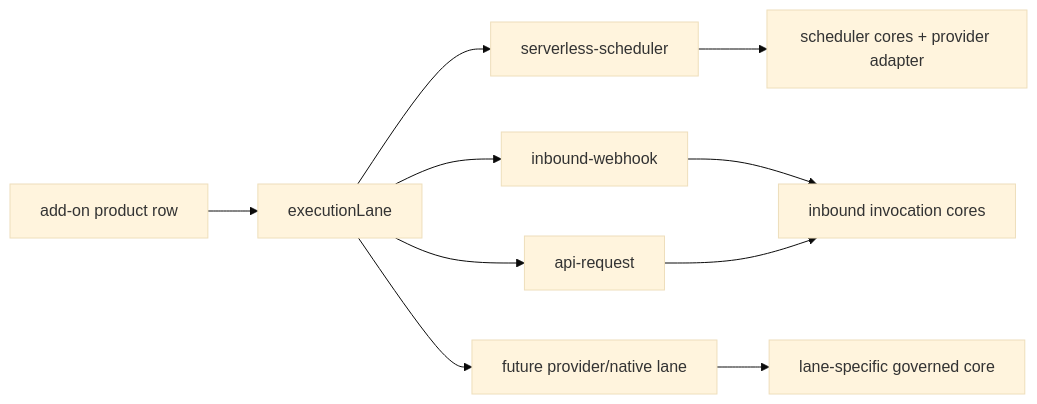
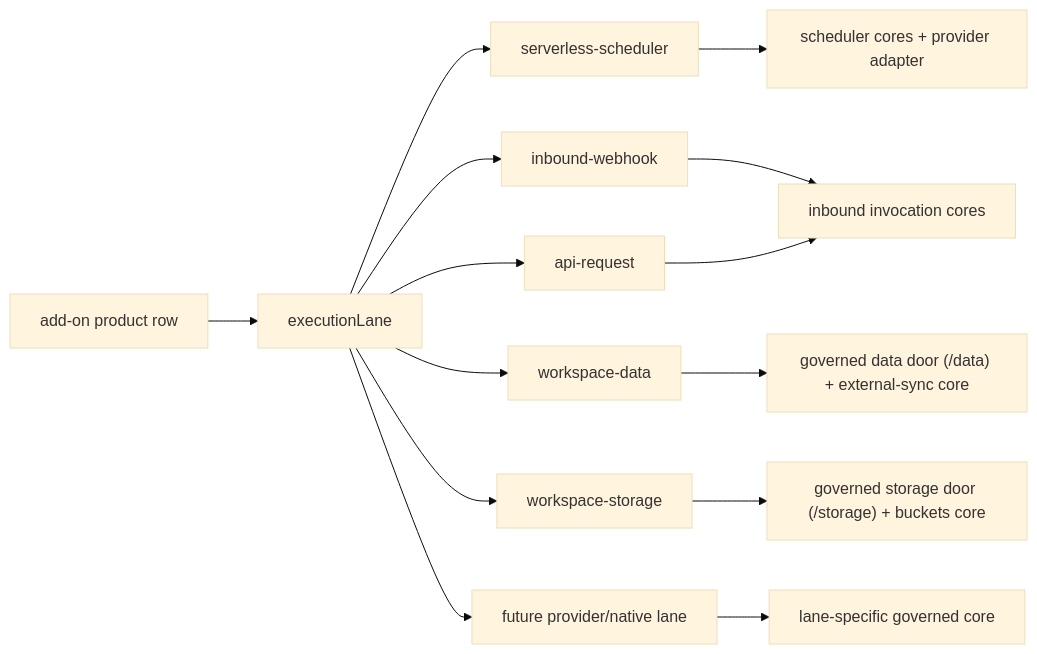
Before and after one commit to Growthub-ai/growthub-local: the diagram in docs/OFFICIAL_MARKETPLACE_PLUGINS_V1.md, drawn with Mermaid (base theme). The commit also changed other lines of this file and 50 other files, not shown here.

````diff
--- a/docs/OFFICIAL_MARKETPLACE_PLUGINS_V1.md
+++ b/docs/OFFICIAL_MARKETPLACE_PLUGINS_V1.md
@@ -244,13 +438,17 @@
 ```mermaid
 flowchart LR
   A["add-on product row"] --> B["executionLane"]
   B --> C["serverless-scheduler"]
   B --> D["inbound-webhook"]
   B --> E["api-request"]
+  B --> J["workspace-data"]
+  B --> K["workspace-storage"]
   B --> F["future provider/native lane"]
 
   C --> G["scheduler cores + provider adapter"]
   D --> H["inbound invocation cores"]
   E --> H
+  J --> L["governed data door (/data) + external-sync core"]
+  K --> M["governed storage door (/storage) + buckets core"]
   F --> I["lane-specific governed core"]
 ```
````
